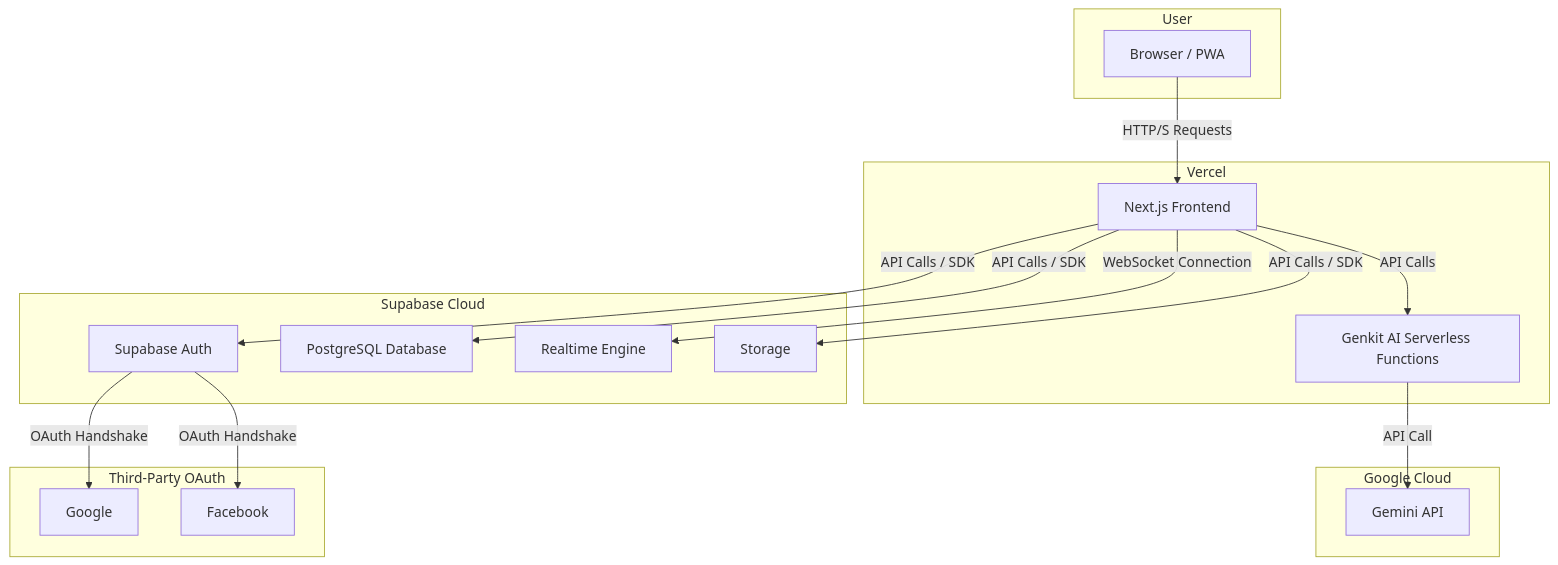
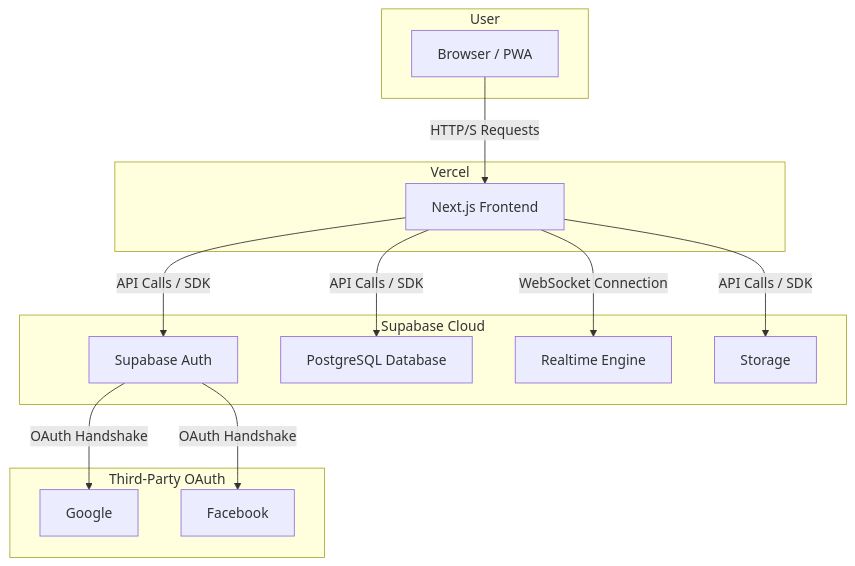
The first of 2 diagrams in SYNOPSIS.md (Sharmamayankkkk/Krishna-Connect), drawn with Mermaid before and after one commit. The commit also changed other lines of this file and 98 other files, not shown here.

````diff
--- a/SYNOPSIS.md
+++ b/SYNOPSIS.md
@@ -82,39 +80,31 @@
 ```mermaid
 graph TD
     subgraph "User"
         A[Browser / PWA]
     end
 
     subgraph "Vercel"
         B[Next.js Frontend]
-        I[Genkit AI Serverless Functions]
     end
     
     subgraph "Supabase Cloud"
         C[Supabase Auth]
         D[PostgreSQL Database]
         E[Realtime Engine]
         F[Storage]
-    end
-
-    subgraph "Google Cloud"
-        J[Gemini API]
     end
 
     subgraph "Third-Party OAuth"
         G[Google]
         H[Facebook]
     end
 
     A -- HTTP/S Requests --> B
     B -- API Calls / SDK --> C
     B -- API Calls / SDK --> D
     B -- WebSocket Connection --> E
     B -- API Calls / SDK --> F
-    B -- API Calls --> I
-    
-    I -- API Call --> J
     
     C -- OAuth Handshake --> G
     C -- OAuth Handshake --> H
 ```
````
